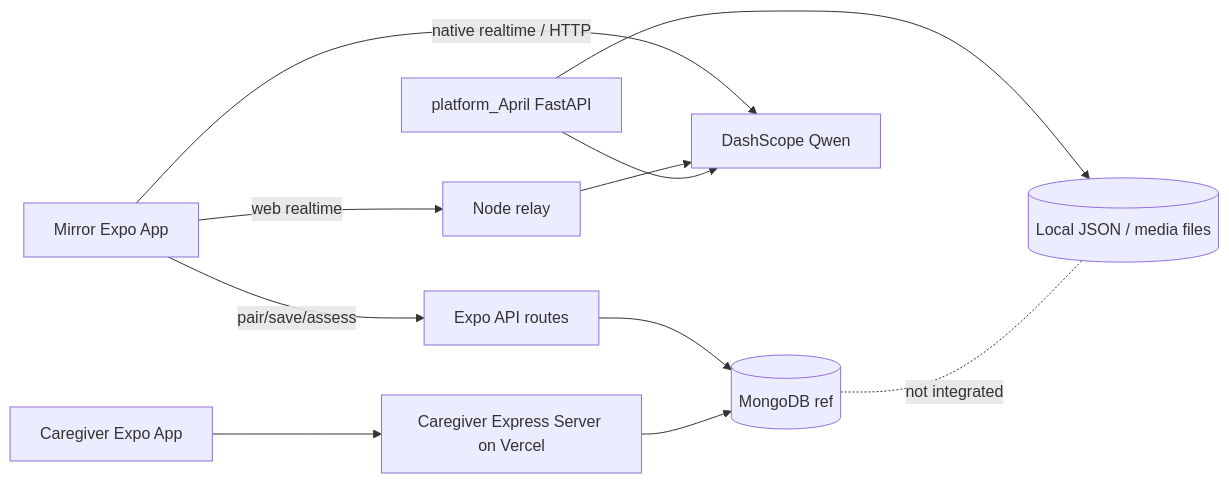
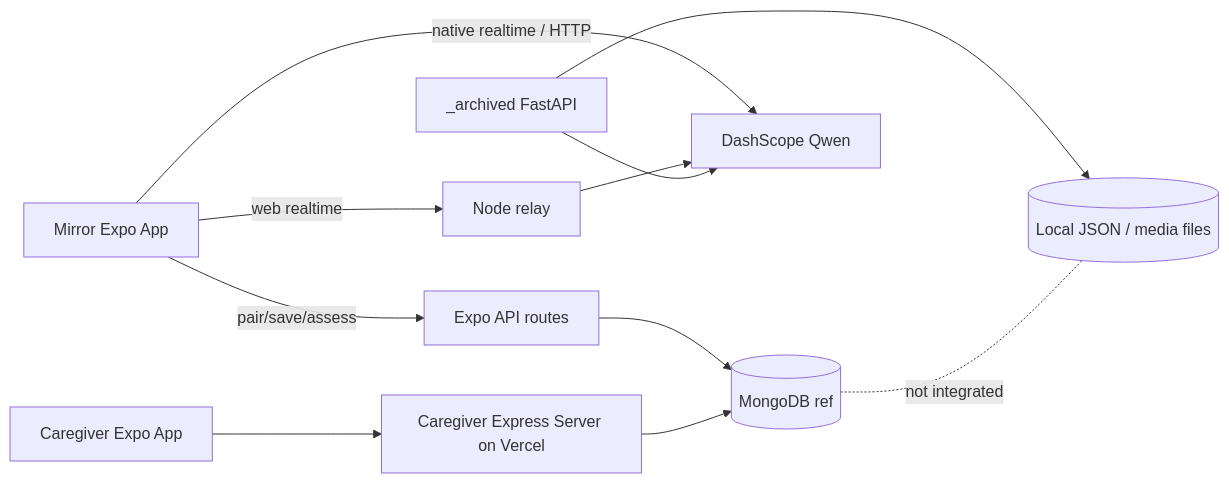
One commit to tktonny/reflexion changed the first of 3 diagrams in docs/mirror-app/system-architecture.md. Above: the diagram before and after it, drawn with Mermaid. The commit also changed other lines of this file and 587 other files, not shown here.

First line of the commit message:
chore: archive legacy clinic platform (platform_April -> _archived)

````diff
--- a/docs/mirror-app/system-architecture.md
+++ b/docs/mirror-app/system-architecture.md
@@ -21,13 +21,13 @@
 ```mermaid
 flowchart LR
     M["Mirror Expo App"] -->|"pair/save/assess"| E["Expo API routes"]
     E --> DB[("MongoDB ref")]
     M -->|"web realtime"| R["Node relay"]
     M -->|"native realtime / HTTP"| Q["DashScope Qwen"]
     R --> Q
     C["Caregiver Expo App"] --> CS["Caregiver Express Server on Vercel"]
     CS --> DB
-    P["platform_April FastAPI"] --> FS[("Local JSON / media files")]
+    P["_archived FastAPI"] --> FS[("Local JSON / media files")]
     P --> Q
     DB -. "not integrated" .- FS
 ```
````
